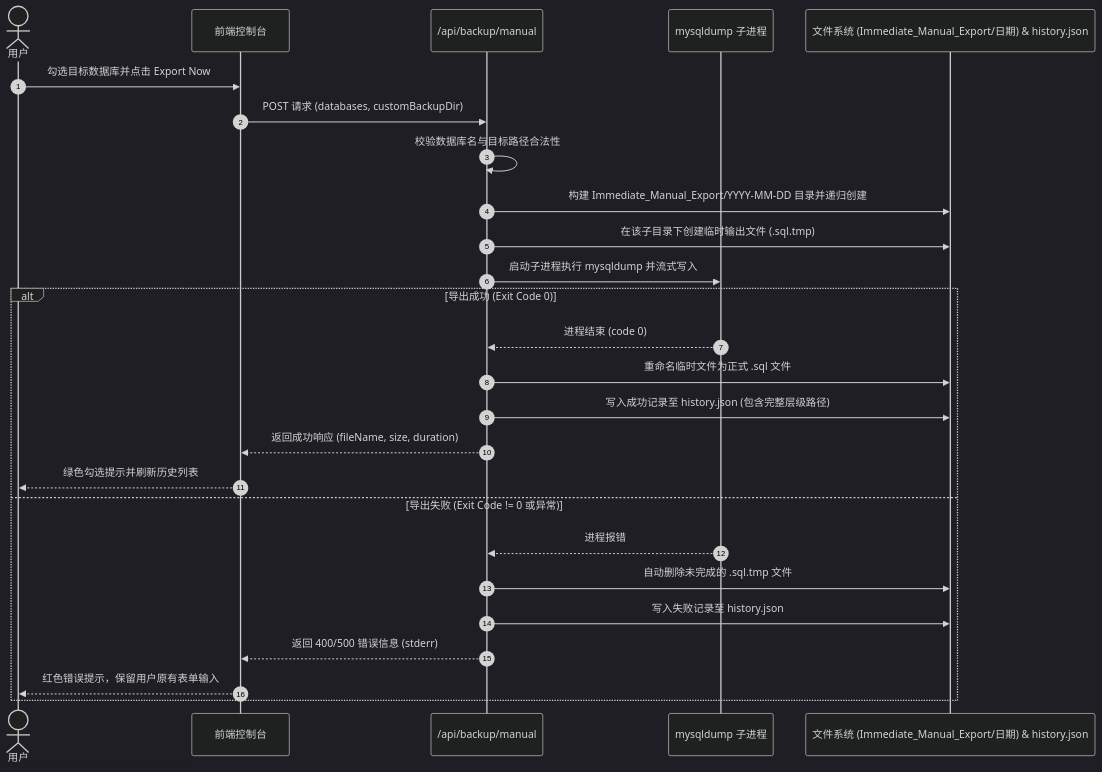
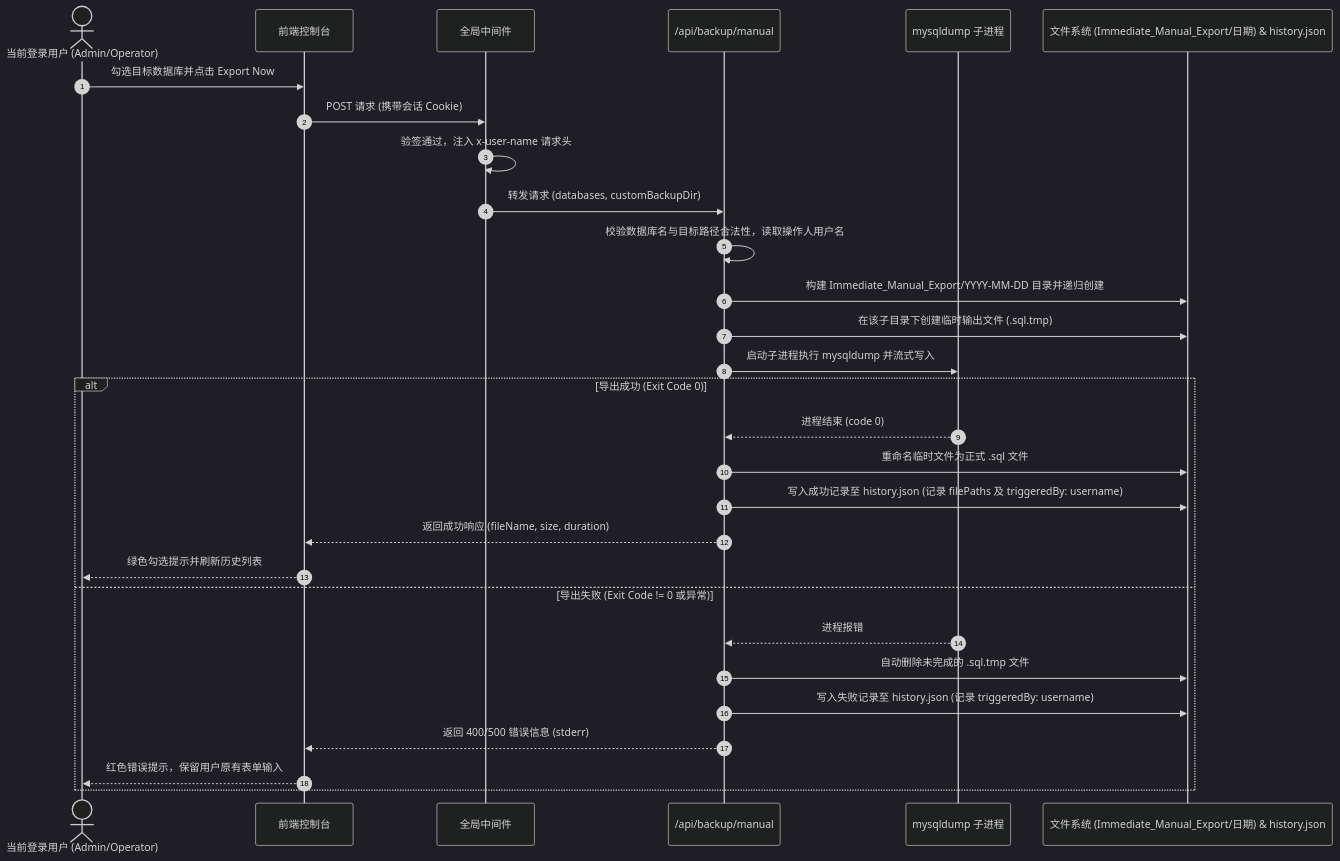
One commit to weiyang0903/autobackup changed the diagram in docs/MANUAL_BACKUP.md. Above: the diagram before and after it, drawn with Mermaid (dark theme). The commit also changed other lines of this file and 28 other files, not shown here.

````diff
--- a/docs/MANUAL_BACKUP.md
+++ b/docs/MANUAL_BACKUP.md
@@ -15,29 +15,32 @@
 ```mermaid
 sequenceDiagram
     autonumber
-    actor User as 用户
+    actor User as 当前登录用户 (Admin/Operator)
     participant UI as 前端控制台
+    participant Middleware as 全局中间件
     participant API as /api/backup/manual
     participant Dump as mysqldump 子进程
     participant Storage as 文件系统 (Immediate_Manual_Export/日期) & history.json
 
     User->>UI: 勾选目标数据库并点击 Export Now
-    UI->>API: POST 请求 (databases, customBackupDir)
-    API->>API: 校验数据库名与目标路径合法性
+    UI->>Middleware: POST 请求 (携带会话 Cookie)
+    Middleware->>Middleware: 验签通过，注入 x-user-name 请求头
+    Middleware->>API: 转发请求 (databases, customBackupDir)
+    API->>API: 校验数据库名与目标路径合法性，读取操作人用户名
     API->>Storage: 构建 Immediate_Manual_Export/YYYY-MM-DD 目录并递归创建
     API->>Storage: 在该子目录下创建临时输出文件 (.sql.tmp)
     API->>Dump: 启动子进程执行 mysqldump 并流式写入
     alt 导出成功 (Exit Code 0)
         Dump-->>API: 进程结束 (code 0)
         API->>Storage: 重命名临时文件为正式 .sql 文件
-        API->>Storage: 写入成功记录至 history.json (包含完整层级路径)
+        API->>Storage: 写入成功记录至 history.json (记录 filePaths 及 triggeredBy: username)
         API-->>UI: 返回成功响应 (fileName, size, duration)
         UI-->>User: 绿色勾选提示并刷新历史列表
     else 导出失败 (Exit Code != 0 或异常)
         Dump-->>API: 进程报错
         API->>Storage: 自动删除未完成的 .sql.tmp 文件
-        API->>Storage: 写入失败记录至 history.json
+        API->>Storage: 写入失败记录至 history.json (记录 triggeredBy: username)
         API-->>UI: 返回 400/500 错误信息 (stderr)
         UI-->>User: 红色错误提示，保留用户原有表单输入
     end
 ```
````
